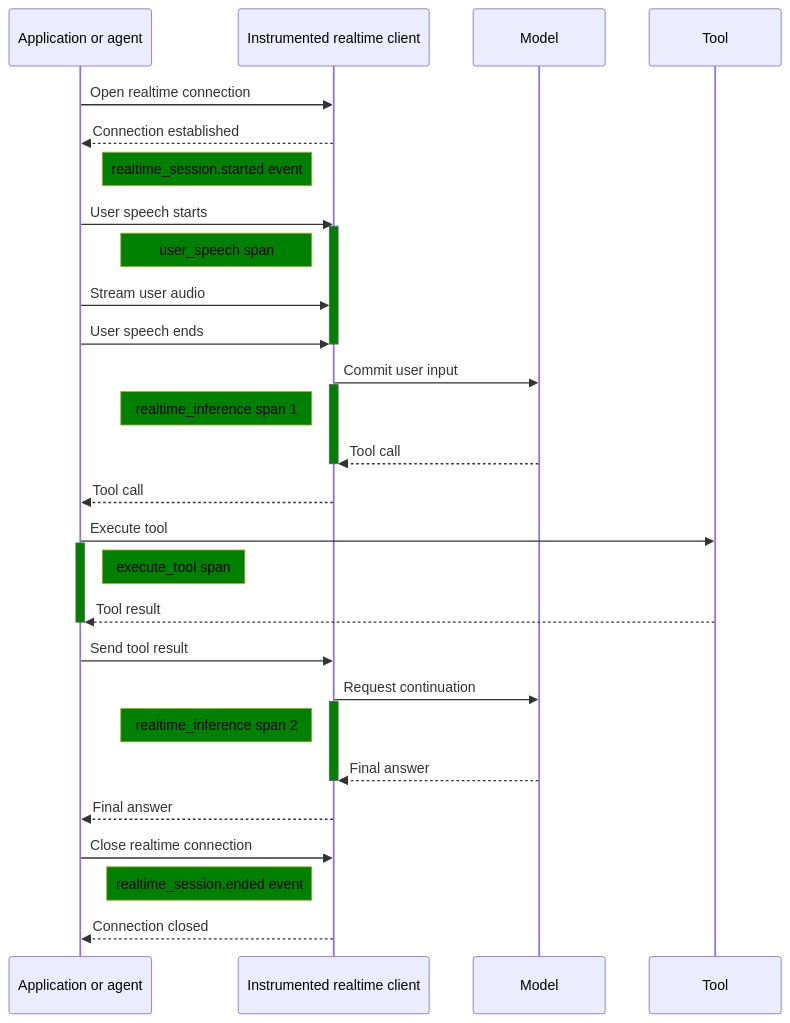
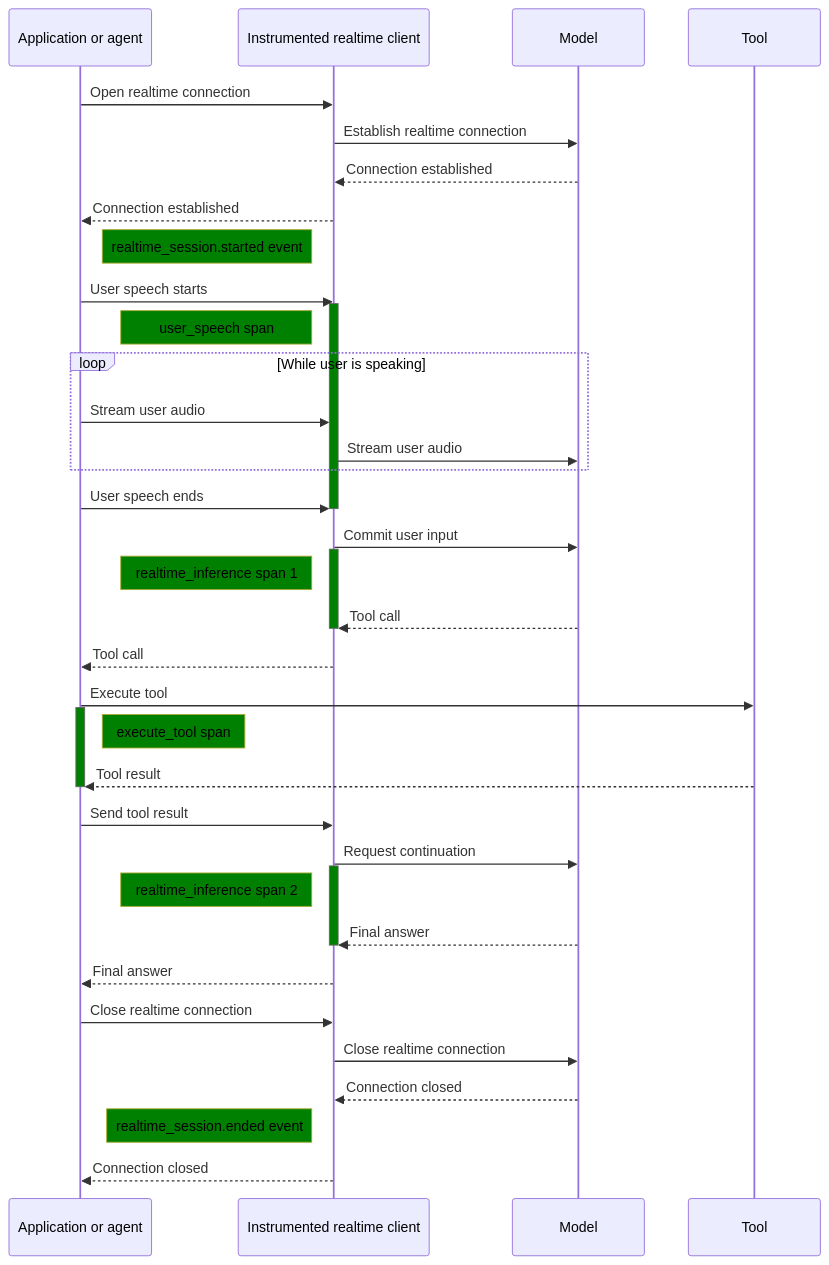
Before and after one commit to open-telemetry/semantic-conventions-genai: the fourth of 7 diagrams in docs/gen-ai/non-normative/examples-llm-calls.md, drawn with Mermaid. The commit also changed other lines of this file and 16 other files, not shown here.

````diff
--- a/docs/gen-ai/non-normative/examples-llm-calls.md
+++ b/docs/gen-ai/non-normative/examples-llm-calls.md
@@ -704,43 +712,50 @@
 ```mermaid
 %%{init:
 {
   "sequence": { "messageAlign": "left", "htmlLabels":true },
   "themeVariables": { "noteBkgColor" : "green", "noteTextColor": "black", "activationBkgColor": "green", "htmlLabels":true }
 }
 }%%
 sequenceDiagram
     participant A as Application or agent
     participant I as Instrumented realtime client
     participant M as Model
     participant T as Tool
     A->>I: Open realtime connection
+    I->>M: Establish realtime connection
+    M-->>I: Connection established
     I-->>A: Connection established
     Note left of I: realtime_session.started event
     A->>I: User speech starts
     activate I
     Note left of I: user_speech span
-    A->>I: Stream user audio
+    loop While user is speaking
+        A->>I: Stream user audio
+        I->>M: Stream user audio
+    end
     A->>I: User speech ends
     deactivate I
     I->>M: Commit user input
     activate I
     Note left of I: realtime_inference span 1
     M-->>I: Tool call
     deactivate I
     I-->>A: Tool call
     A->>T: Execute tool
     activate A
     Note right of A: execute_tool span
     T-->>A: Tool result
     deactivate A
     A->>I: Send tool result
     I->>M: Request continuation
     activate I
     Note left of I: realtime_inference span 2
     M-->>I: Final answer
     deactivate I
     I-->>A: Final answer
     A->>I: Close realtime connection
+    I->>M: Close realtime connection
+    M-->>I: Connection closed
     Note left of I: realtime_session.ended event
     I-->>A: Connection closed
 ```
````
